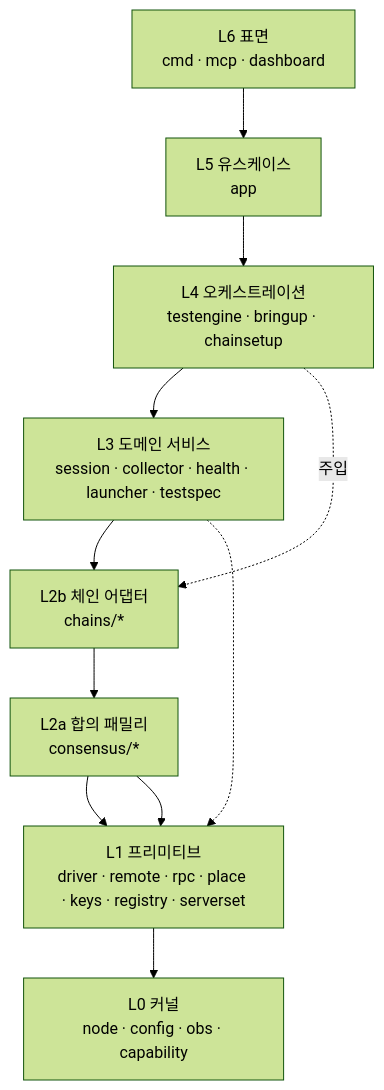
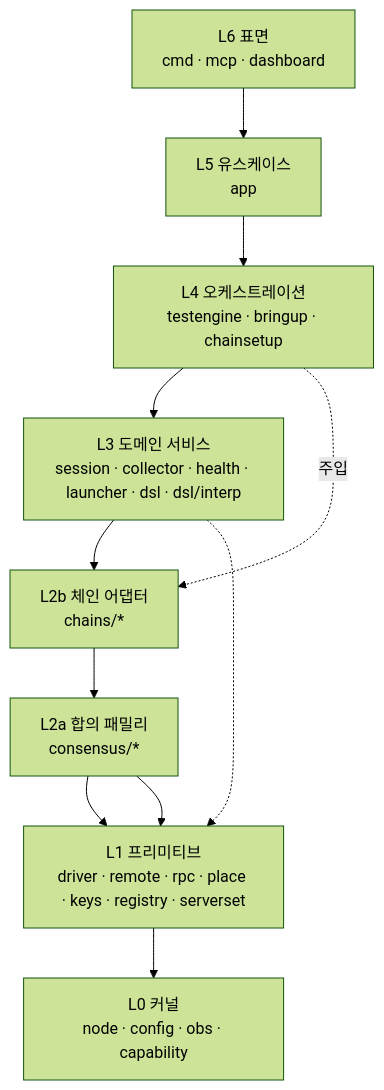
One commit to 0xmhha/chainbench changed the diagram in docs/dev/architecture/layers.md. Above: the diagram before and after it, drawn with Mermaid (forest theme). The commit also changed other lines of this file and 60 other files, not shown here.

First line of the commit message:
refactor: consolidation R2 — split the DSL into grammar (dsl) and runtime (dsl/interp) (#326)

````diff
--- a/docs/dev/architecture/layers.md
+++ b/docs/dev/architecture/layers.md
@@ -62,16 +62,16 @@
 ```mermaid
 flowchart TD
     L6["L6 표면<br/>cmd · mcp · dashboard"]
     L5["L5 유스케이스<br/>app"]
     L4["L4 오케스트레이션<br/>testengine · bringup · chainsetup"]
-    L3["L3 도메인 서비스<br/>session · collector · health · launcher · testspec"]
+    L3["L3 도메인 서비스<br/>session · collector · health · launcher · dsl · dsl/interp"]
     L2b["L2b 체인 어댑터<br/>chains/*"]
     L2a["L2a 합의 패밀리<br/>consensus/*"]
     L1["L1 프리미티브<br/>driver · remote · rpc · place · keys · registry · serverset"]
     L0["L0 커널<br/>node · config · obs · capability"]
 
     L6 --> L5 --> L4 --> L3 --> L2b --> L2a --> L1 --> L0
     L4 -.주입.-> L2b
     L3 -.-> L1
     L2a --> L1
 ```
````
